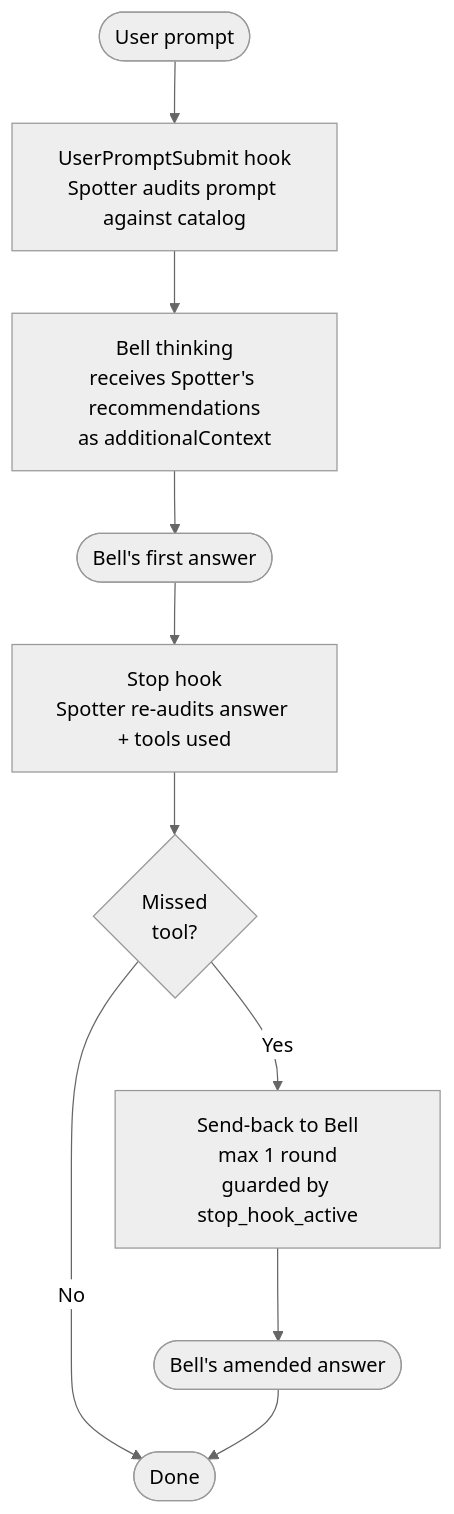
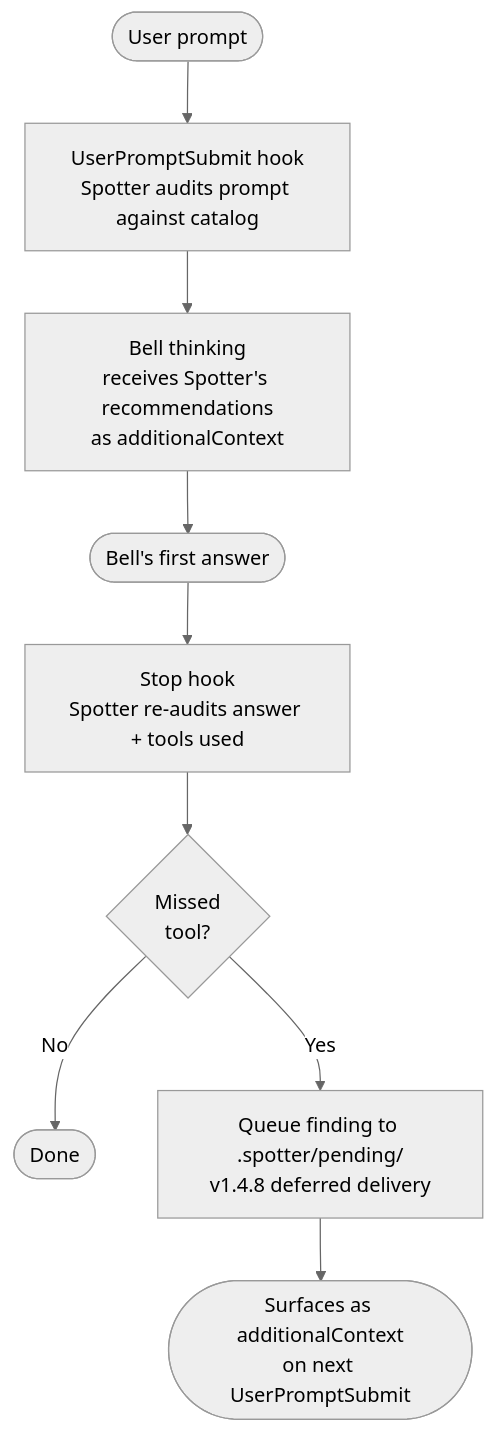
One commit to kitepon-rgb/Spotter changed the first of 2 diagrams in README.md. Above: the diagram before and after it, drawn with Mermaid (neutral theme). The commit also changed other lines of this file and 24 other files, not shown here.

````diff
--- a/README.md
+++ b/README.md
@@ -70,11 +70,11 @@
 ```mermaid
 flowchart TD
     U([User prompt]) --> UPH[UserPromptSubmit hook<br/>Spotter audits prompt against catalog]
     UPH --> BT[Bell thinking<br/>receives Spotter's recommendations<br/>as additionalContext]
     BT --> BA([Bell's first answer])
     BA --> SH[Stop hook<br/>Spotter re-audits answer + tools used]
     SH --> DEC{Missed<br/>tool?}
     DEC -->|No| DONE([Done])
-    DEC -->|Yes| SB[Send-back to Bell<br/>max 1 round<br/>guarded by stop_hook_active]
-    SB --> BA2([Bell's amended answer]) --> DONE
+    DEC -->|Yes| SB[Queue finding to .spotter/pending/<br/>v1.4.8 deferred delivery]
+    SB --> NEXT([Surfaces as additionalContext<br/>on next UserPromptSubmit])
 ```
````
